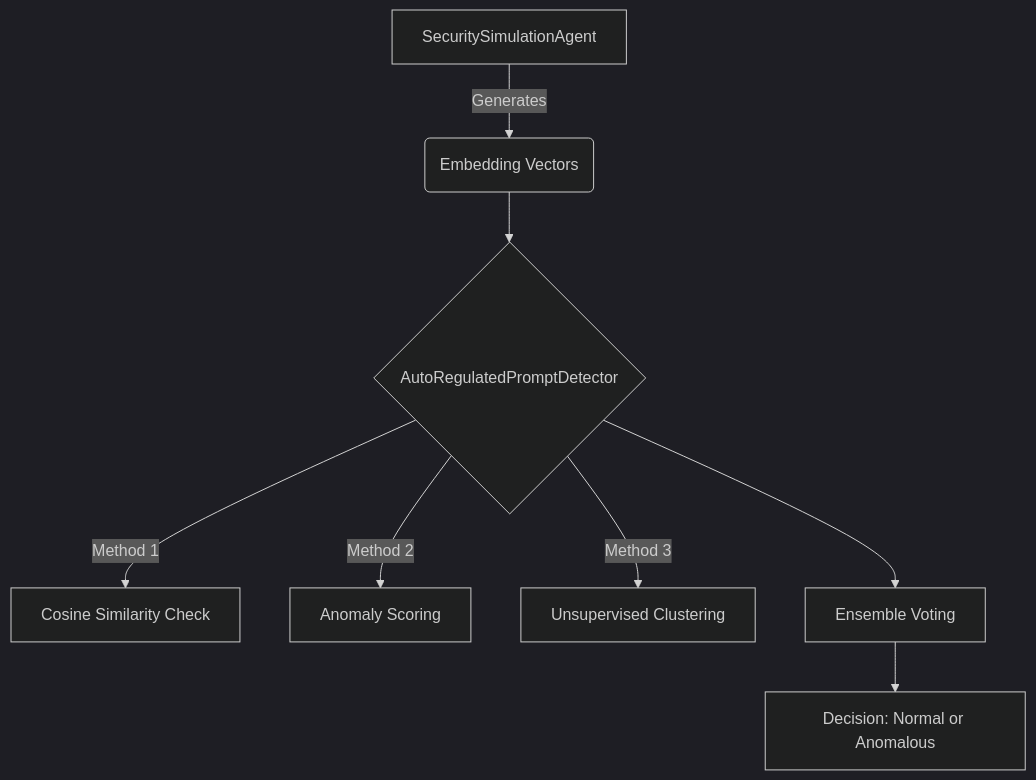
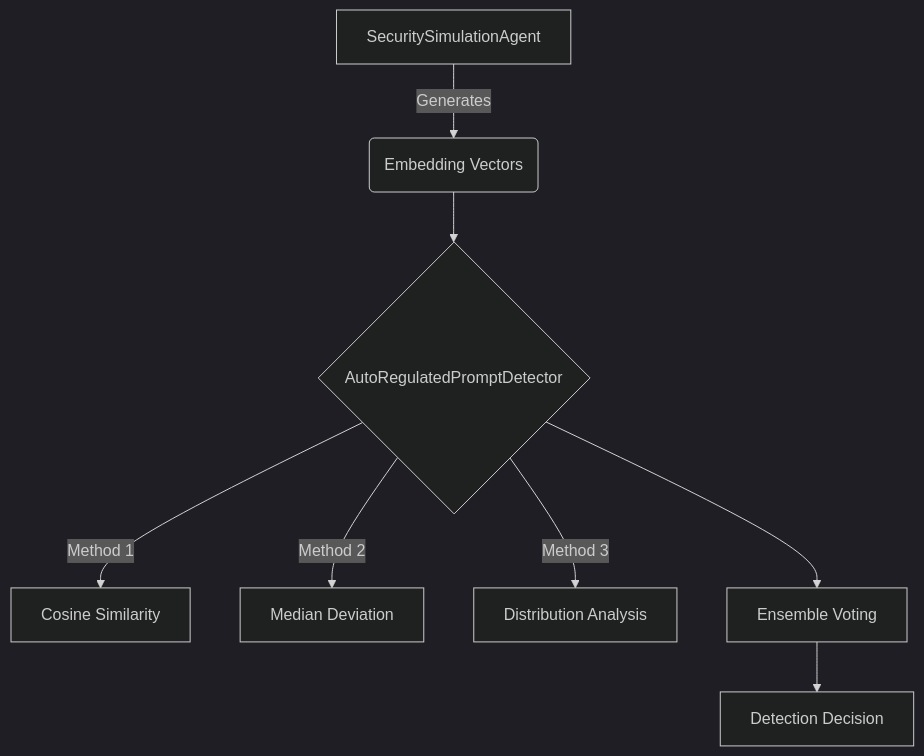
One commit to lexsightllc/wild-core changed the diagram in README.md. Above: the diagram before and after it, drawn with Mermaid (dark theme). The commit also changed other lines of this file and 50 other files, not shown here.

````diff
--- a/README.md
+++ b/README.md
@@ -32,10 +37,10 @@
 ```mermaid
 graph TD
     A[SecuritySimulationAgent] -->|Generates| B(Embedding Vectors)
     B --> C{AutoRegulatedPromptDetector}
-    C -->|Method 1| D[Cosine Similarity Check]
-    C -->|Method 2| E[Anomaly Scoring]
-    C -->|Method 3| F[Unsupervised Clustering]
+    C -->|Method 1| D[Cosine Similarity]
+    C -->|Method 2| E[Median Deviation]
+    C -->|Method 3| F[Distribution Analysis]
     C --> G[Ensemble Voting]
-    G --> H[Decision: Normal or Anomalous]
+    G --> H[Detection Decision]
 ```
````
